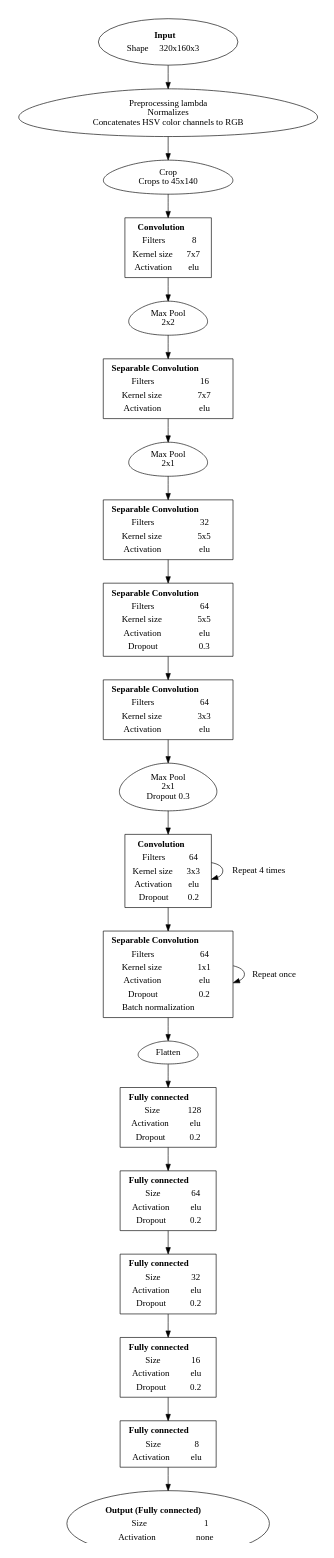
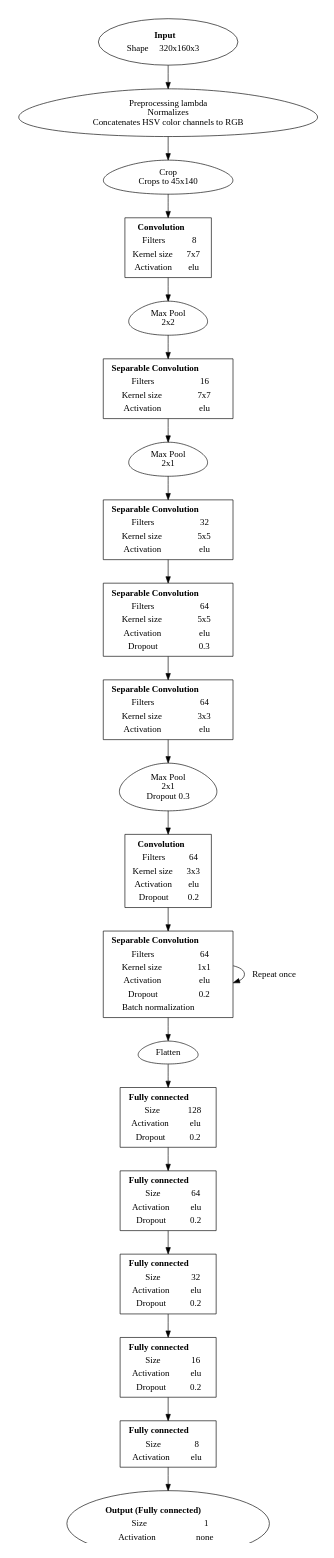
Before and after one commit to gardenermike/behavioral-cloning: the diagram in architecture.dot, drawn with Graphviz. The commit also changed 5 other files, not shown here.

```diff
--- a/architecture.dot
+++ b/architecture.dot
@@ -23,7 +23,7 @@
     dense4 ->
     output;
 
-  conv_6 -> conv_6 [label=" Repeat 4 times"];
+  /*conv_6 -> conv_6 [label=" Repeat 4 times"];*/
   conv_7 -> conv_7 [label=" Repeat once"];
 
   input [
```
